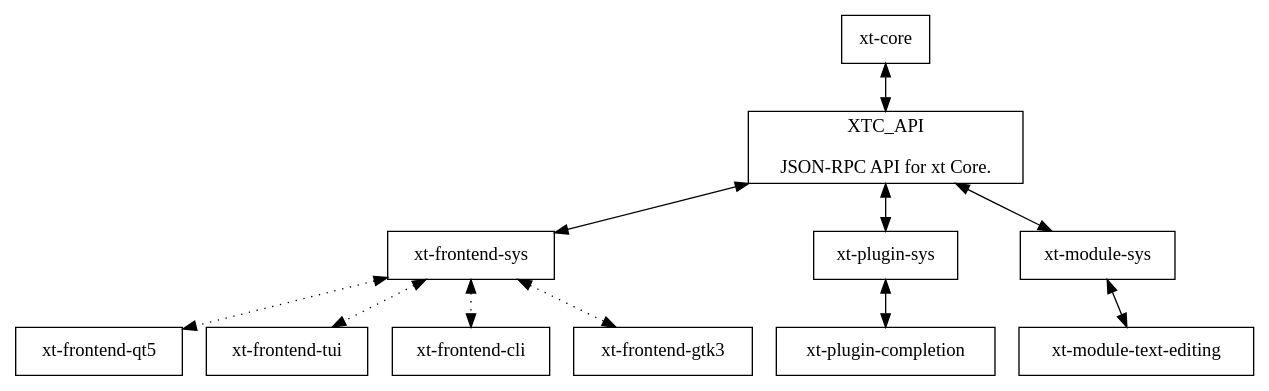
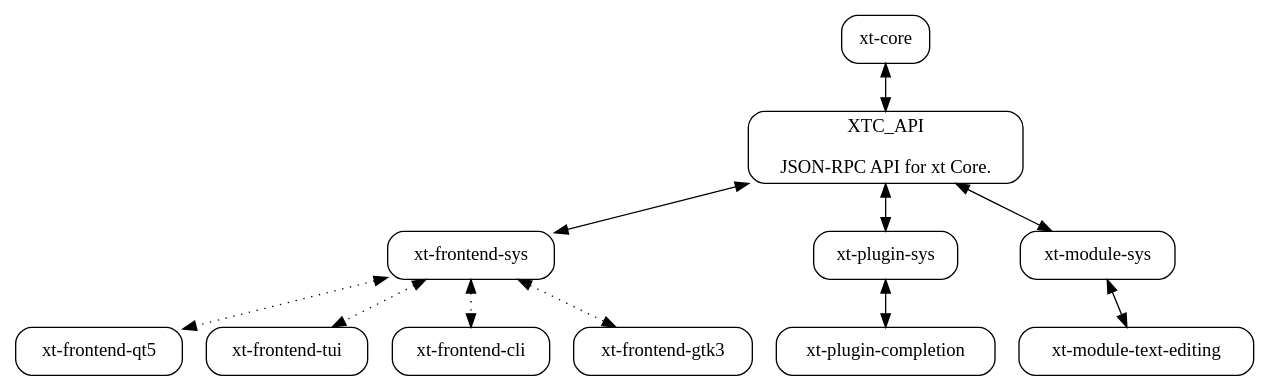
The diagram in doc/graphviz/core-subsystem.dot (Xt-Editor/Xt-Editor-Xt-Core), drawn with Graphviz before and after one commit. The commit also changed 3 other files, not shown here.

Commit message:
Add initial diagrams for Xt

```diff
--- a/doc/graphviz/core-subsystem.dot
+++ b/doc/graphviz/core-subsystem.dot
@@ -1,28 +1,28 @@
 digraph coresubsys {
-    node[shape=box];
+    node[shape=box, style=rounded];
 
     xtc [label="xt-core"];
     xtcapi [label="XTC_API\n\nJSON-RPC API for xt Core."]
 
     frontend [label="xt-frontend-sys"];
     qt_frontend [label="xt-frontend-qt5"];
     tui_frontend [label="xt-frontend-tui"];
     cli_frontend [label="xt-frontend-cli"]
     gtk_frontend [label="xt-frontend-gtk3"];
 
     plugins [label="xt-plugin-sys"];
     text_editing [label="xt-module-text-editing"];
     completion [label="xt-plugin-completion"];
     modules [label="xt-module-sys"]
 
     xtc->xtcapi [dir="both"];
 
     xtcapi->frontend [dir="both"];
     frontend->{qt_frontend, tui_frontend, gtk_frontend, cli_frontend} [dir="both", style=dotted];
 
     xtcapi->plugins [dir="both"];
     plugins->completion [dir="both"];
 
     xtcapi->modules [dir="both"];
     modules->text_editing [dir="both"];
 }
```
